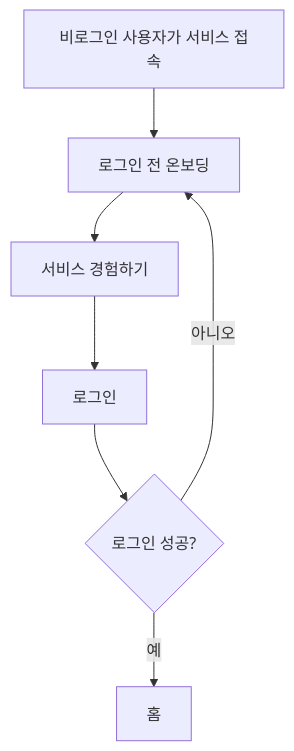
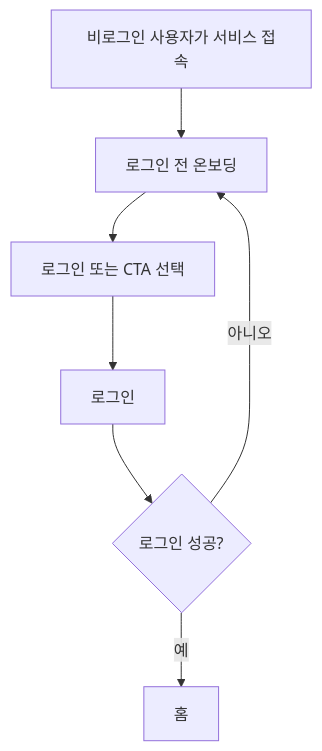
The diagram in docs/onboarding.md (Mureung1/hub-showcase), drawn with Mermaid before and after one commit. The commit also changed other lines of this file and 11 other files, not shown here.

````diff
--- a/docs/onboarding.md
+++ b/docs/onboarding.md
@@ -109,9 +119,9 @@
 ```mermaid
 flowchart TD
   A["비로그인 사용자가 서비스 접속"] --> B["로그인 전 온보딩"]
-  B --> C["서비스 경험하기"]
+  B --> C["로그인 또는 CTA 선택"]
   C --> D["로그인"]
   D --> E{"로그인 성공?"}
   E -- "예" --> F["홈"]
   E -- "아니오" --> B
 ```
````
